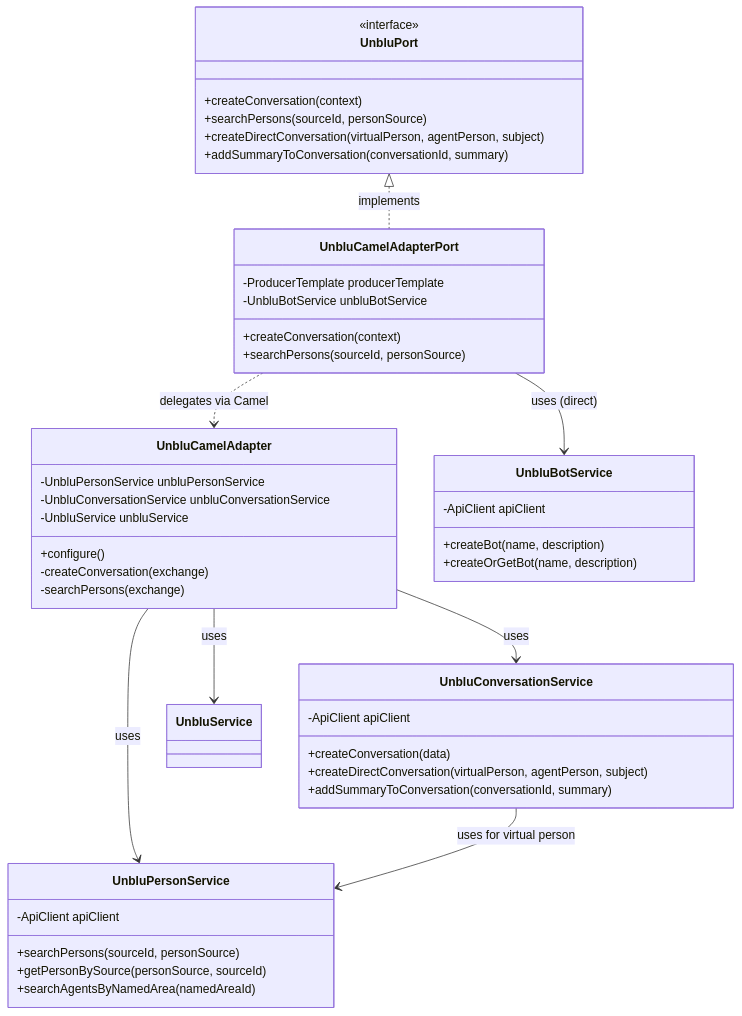
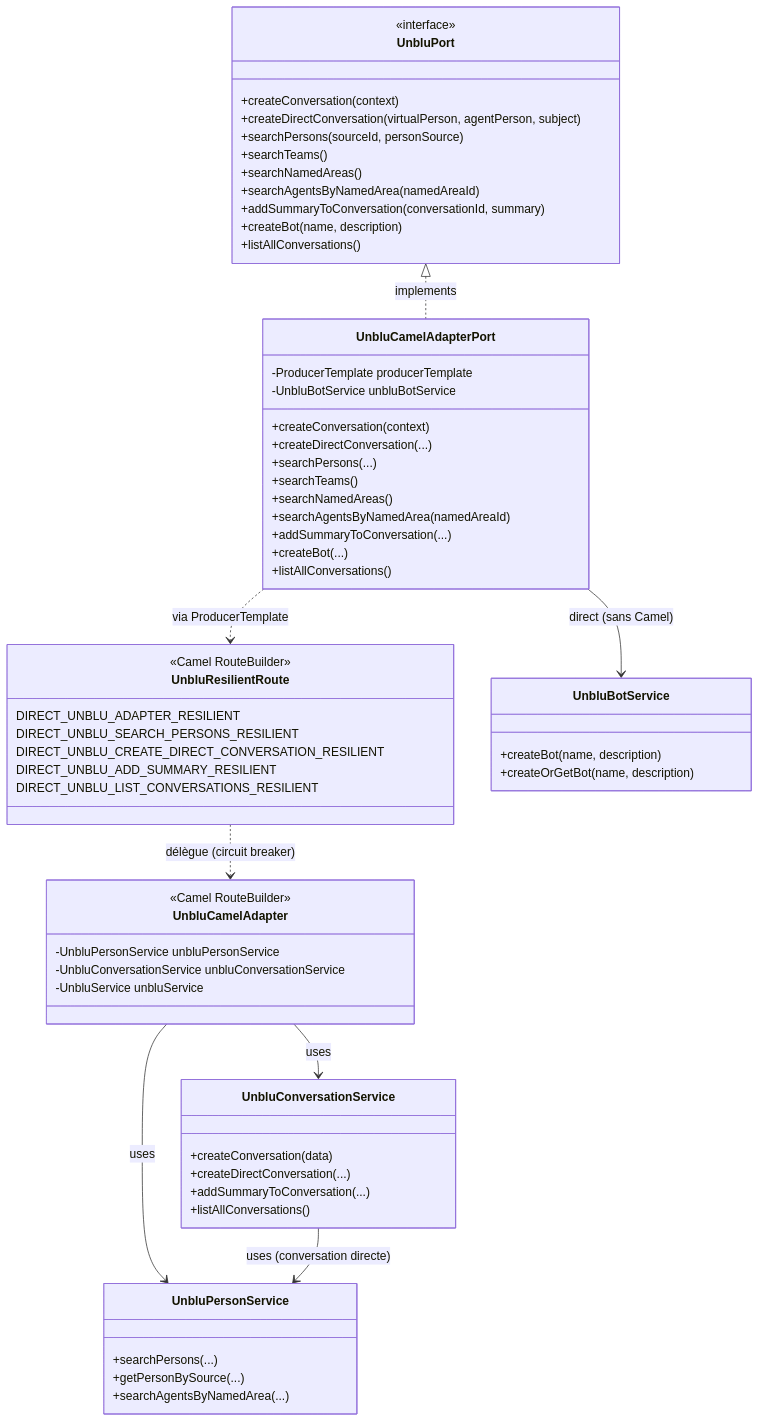
Before and after one commit to dmissud/PocUnblu: the diagram in docs/unblu-adapter-doc/index.md, drawn with Mermaid. The commit also changed other lines of this file and 3 other files, not shown here.

First line of the commit message:
docs(unblu-adapter): enrichissement et consolidation de la documentation

````diff
--- a/docs/unblu-adapter-doc/index.md
+++ b/docs/unblu-adapter-doc/index.md
@@ -13,54 +12,71 @@
 ```mermaid
 classDiagram
     class UnbluPort {
         <<interface>>
         +createConversation(context)
+        +createDirectConversation(virtualPerson, agentPerson, subject)
         +searchPersons(sourceId, personSource)
-        +createDirectConversation(virtualPerson, agentPerson, subject)
+        +searchTeams()
+        +searchNamedAreas()
+        +searchAgentsByNamedArea(namedAreaId)
         +addSummaryToConversation(conversationId, summary)
+        +createBot(name, description)
+        +listAllConversations()
     }
 
     class UnbluCamelAdapterPort {
         -ProducerTemplate producerTemplate
         -UnbluBotService unbluBotService
         +createConversation(context)
-        +searchPersons(sourceId, personSource)
+        +createDirectConversation(...)
+        +searchPersons(...)
+        +searchTeams()
+        +searchNamedAreas()
+        +searchAgentsByNamedArea(namedAreaId)
+        +addSummaryToConversation(...)
+        +createBot(...)
+        +listAllConversations()
+    }
+
+    class UnbluResilientRoute {
+        <<Camel RouteBuilder>>
+        DIRECT_UNBLU_ADAPTER_RESILIENT
+        DIRECT_UNBLU_SEARCH_PERSONS_RESILIENT
+        DIRECT_UNBLU_CREATE_DIRECT_CONVERSATION_RESILIENT
+        DIRECT_UNBLU_ADD_SUMMARY_RESILIENT
+        DIRECT_UNBLU_LIST_CONVERSATIONS_RESILIENT
     }
 
     class UnbluCamelAdapter {
+        <<Camel RouteBuilder>>
         -UnbluPersonService unbluPersonService
         -UnbluConversationService unbluConversationService
         -UnbluService unbluService
-        +configure()
-        -createConversation(exchange)
-        -searchPersons(exchange)
     }
 
     class UnbluConversationService {
-        -ApiClient apiClient
         +createConversation(data)
-        +createDirectConversation(virtualPerson, agentPerson, subject)
-        +addSummaryToConversation(conversationId, summary)
+        +createDirectConversation(...)
+        +addSummaryToConversation(...)
+        +listAllConversations()
     }
 
     class UnbluPersonService {
-        -ApiClient apiClient
-        +searchPersons(sourceId, personSource)
-        +getPersonBySource(personSource, sourceId)
-        +searchAgentsByNamedArea(namedAreaId)
+        +searchPersons(...)
+        +getPersonBySource(...)
+        +searchAgentsByNamedArea(...)
     }
 
     class UnbluBotService {
-        -ApiClient apiClient
         +createBot(name, description)
         +createOrGetBot(name, description)
     }
 
     UnbluPort <|.. UnbluCamelAdapterPort : implements
-    UnbluCamelAdapterPort ..> UnbluCamelAdapter : delegates via Camel
-    UnbluCamelAdapterPort --> UnbluBotService : uses (direct)
+    UnbluCamelAdapterPort ..> UnbluResilientRoute : via ProducerTemplate
+    UnbluResilientRoute ..> UnbluCamelAdapter : délègue (circuit breaker)
+    UnbluCamelAdapterPort --> UnbluBotService : direct (sans Camel)
     UnbluCamelAdapter --> UnbluConversationService : uses
     UnbluCamelAdapter --> UnbluPersonService : uses
-    UnbluCamelAdapter --> UnbluService : uses
-    UnbluConversationService --> UnbluPersonService : uses for virtual person
+    UnbluConversationService --> UnbluPersonService : uses (conversation directe)
 ```
````
